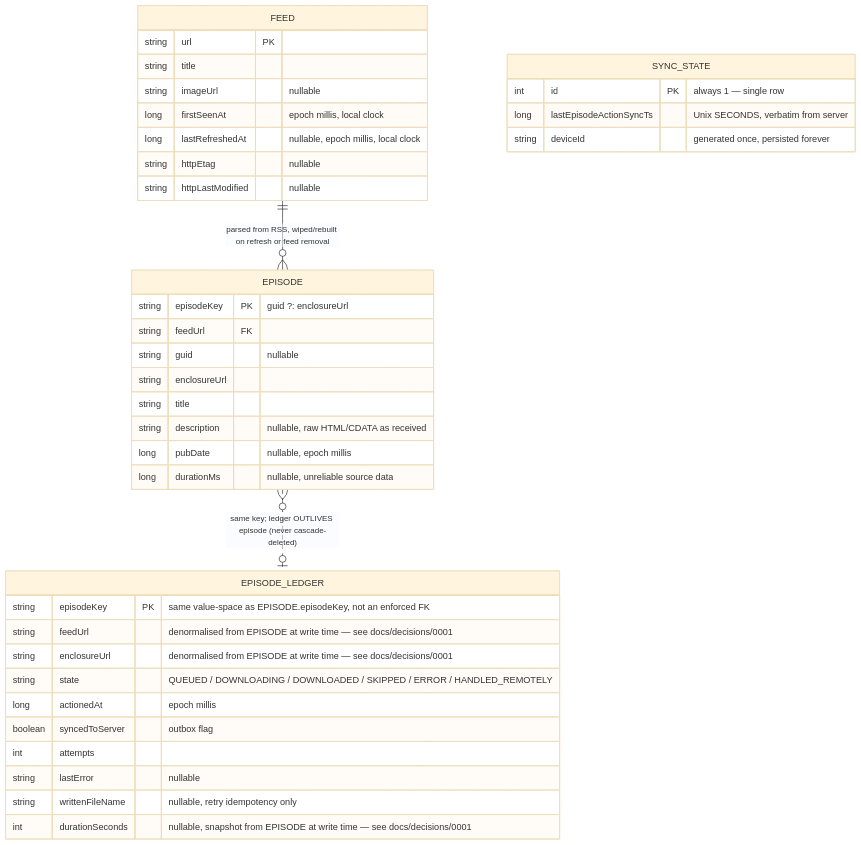
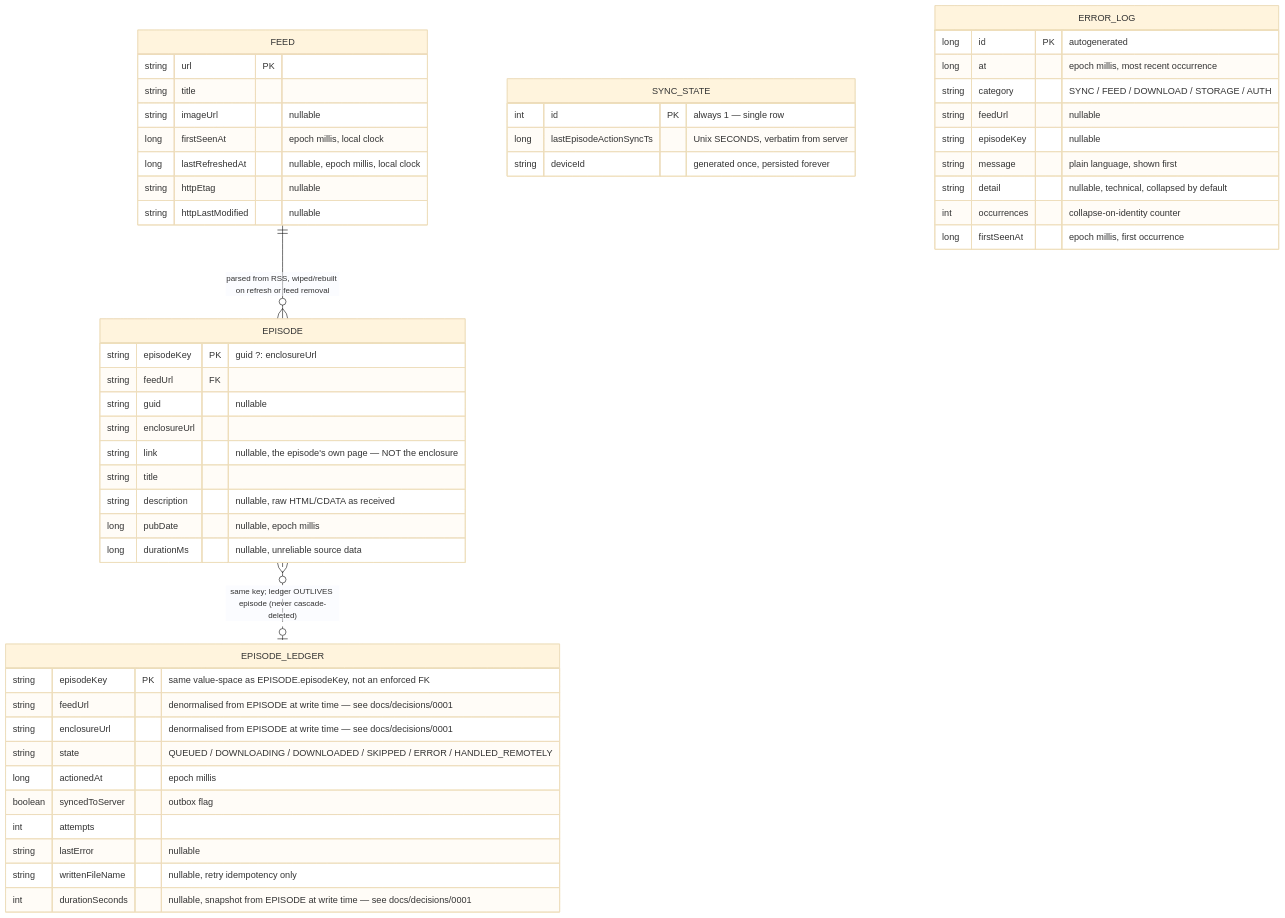
Before and after one commit to drehtuer/podsilo: the fourth of 13 diagrams in docs/architecture.md, drawn with Mermaid (base theme). The commit also changed other lines of this file and 40 other files, not shown here.

````diff
--- a/docs/architecture.md
+++ b/docs/architecture.md
@@ -184,42 +186,54 @@
 ```mermaid
 erDiagram
     FEED {
         string url PK
         string title
         string imageUrl "nullable"
         long firstSeenAt "epoch millis, local clock"
         long lastRefreshedAt "nullable, epoch millis, local clock"
         string httpEtag "nullable"
         string httpLastModified "nullable"
     }
     EPISODE {
         string episodeKey PK "guid ?: enclosureUrl"
         string feedUrl FK
         string guid "nullable"
         string enclosureUrl
+        string link "nullable, the episode's own page — NOT the enclosure"
         string title
         string description "nullable, raw HTML/CDATA as received"
         long pubDate "nullable, epoch millis"
         long durationMs "nullable, unreliable source data"
     }
     EPISODE_LEDGER {
         string episodeKey PK "same value-space as EPISODE.episodeKey, not an enforced FK"
         string feedUrl "denormalised from EPISODE at write time — see docs/decisions/0001"
         string enclosureUrl "denormalised from EPISODE at write time — see docs/decisions/0001"
         string state "QUEUED / DOWNLOADING / DOWNLOADED / SKIPPED / ERROR / HANDLED_REMOTELY"
         long actionedAt "epoch millis"
         boolean syncedToServer "outbox flag"
         int attempts
         string lastError "nullable"
         string writtenFileName "nullable, retry idempotency only"
         int durationSeconds "nullable, snapshot from EPISODE at write time — see docs/decisions/0001"
     }
     SYNC_STATE {
         int id PK "always 1 — single row"
         long lastEpisodeActionSyncTs "Unix SECONDS, verbatim from server"
         string deviceId "generated once, persisted forever"
     }
+    ERROR_LOG {
+        long id PK "autogenerated"
+        long at "epoch millis, most recent occurrence"
+        string category "SYNC / FEED / DOWNLOAD / STORAGE / AUTH"
+        string feedUrl "nullable"
+        string episodeKey "nullable"
+        string message "plain language, shown first"
+        string detail "nullable, technical, collapsed by default"
+        int occurrences "collapse-on-identity counter"
+        long firstSeenAt "epoch millis, first occurrence"
+    }
 
     FEED ||--o{ EPISODE : "parsed from RSS, wiped/rebuilt on refresh or feed removal"
     EPISODE }o..o| EPISODE_LEDGER : "same key; ledger OUTLIVES episode (never cascade-deleted)"
 ```
````
